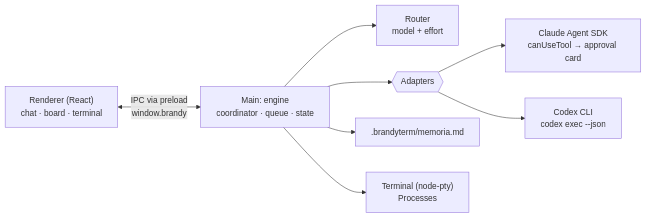
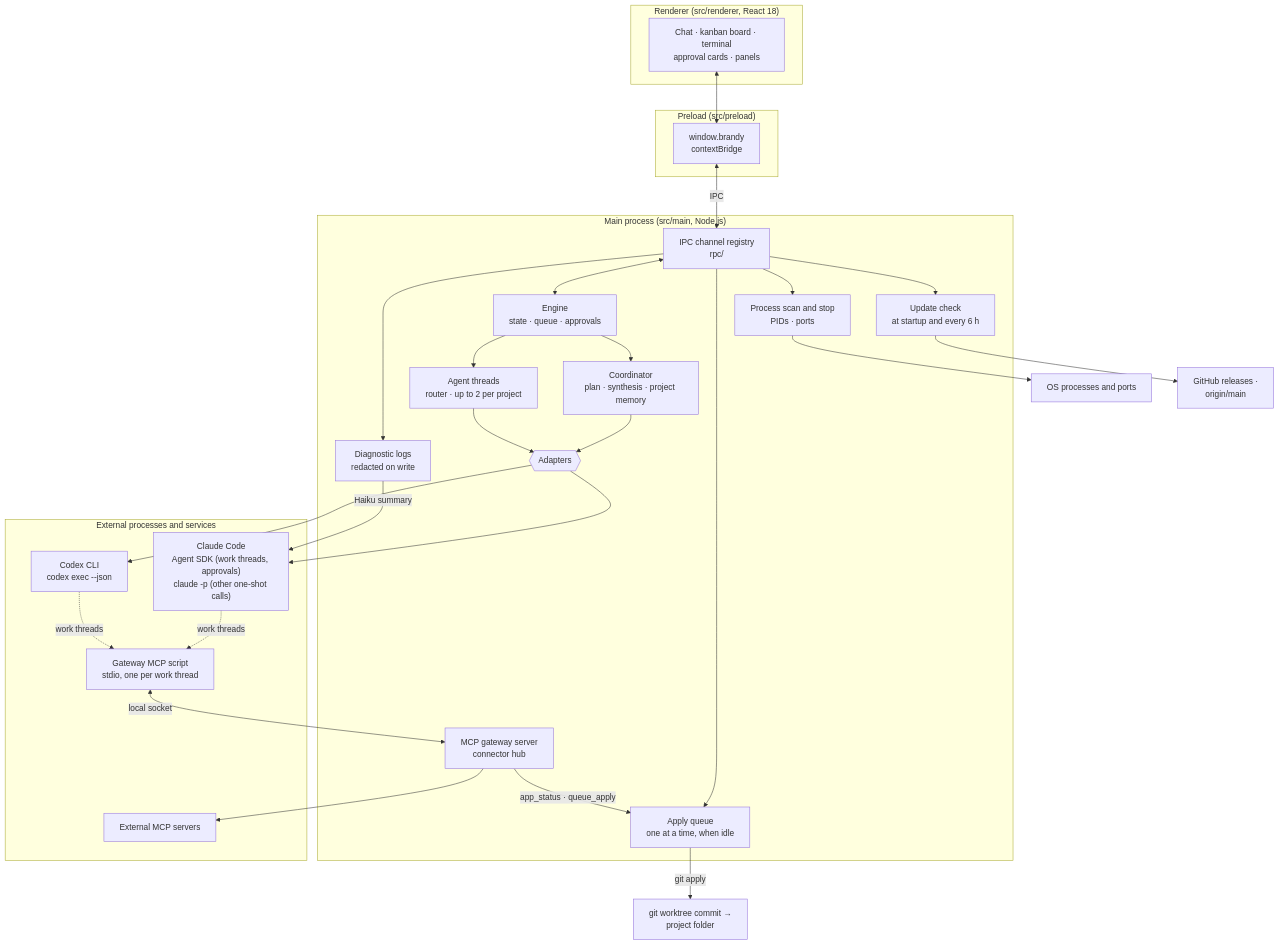
One commit to ebrandes/brandyTerm changed the diagram in README.md. Above: the diagram before and after it, drawn with Mermaid. The commit also changed other lines of this file and 2 other files, not shown here.

Commit message:
docs: expand architecture diagram, update roadmap and requirements
Document the apply queue's automatic apply, the MCP gateway and the
Codex 0.171.0 requirement in both READMEs.

````diff
--- a/README.md
+++ b/README.md
@@ -218,10 +219,49 @@
 ```mermaid
-flowchart LR
-  UI["Renderer (React)<br/>chat · board · terminal"] <-->|"IPC via preload<br/>window.brandy"| E["Main: engine<br/>coordinator · queue · state"]
-  E --> R["Router<br/>model + effort"]
-  E --> A{{Adapters}}
-  A --> C["Claude Agent SDK<br/>canUseTool → approval card"]
-  A --> X["Codex CLI<br/>codex exec --json"]
-  E --> M[".brandyterm/memoria.md"]
-  E --> P["Terminal (node-pty)<br/>Processes"]
+flowchart TB
+  subgraph R["Renderer (src/renderer, React 18)"]
+    UI["Chat · kanban board · terminal<br/>approval cards · panels"]
+  end
+  subgraph PL["Preload (src/preload)"]
+    API["window.brandy<br/>contextBridge"]
+  end
+  subgraph M["Main process (src/main, Node.js)"]
+    IPC["IPC channel registry<br/>rpc/"]
+    ENG["Engine<br/>state · queue · approvals"]
+    CO["Coordinator<br/>plan · synthesis · project memory"]
+    TH["Agent threads<br/>router · up to 2 per project"]
+    AD{{"Adapters"}}
+    GW["MCP gateway server<br/>connector hub"]
+    AQ["Apply queue<br/>one at a time, when idle"]
+    PS["Process scan and stop<br/>PIDs · ports"]
+    LG["Diagnostic logs<br/>redacted on write"]
+    UP["Update check<br/>at startup and every 6 h"]
+  end
+  subgraph EXT["External processes and services"]
+    CL["Claude Code<br/>Agent SDK (work threads, approvals)<br/>claude -p (other one-shot calls)"]
+    CX["Codex CLI<br/>codex exec --json"]
+    BR["Gateway MCP script<br/>stdio, one per work thread"]
+    MCP["External MCP servers"]
+  end
+  UI <--> API
+  API <-->|IPC| IPC
+  IPC <--> ENG
+  IPC --> AQ
+  IPC --> PS
+  IPC --> LG
+  IPC --> UP
+  ENG --> CO
+  ENG --> TH
+  CO --> AD
+  TH --> AD
+  AD --> CL
+  AD --> CX
+  CL -.->|"work threads"| BR
+  CX -.->|"work threads"| BR
+  BR <-->|"local socket"| GW
+  GW --> MCP
+  GW -->|"app_status · queue_apply"| AQ
+  AQ -->|"git apply"| WT["git worktree commit →<br/>project folder"]
+  PS --> OS["OS processes and ports"]
+  LG -->|"Haiku summary"| CL
+  UP --> GH["GitHub releases ·<br/>origin/main"]
 ```
````
